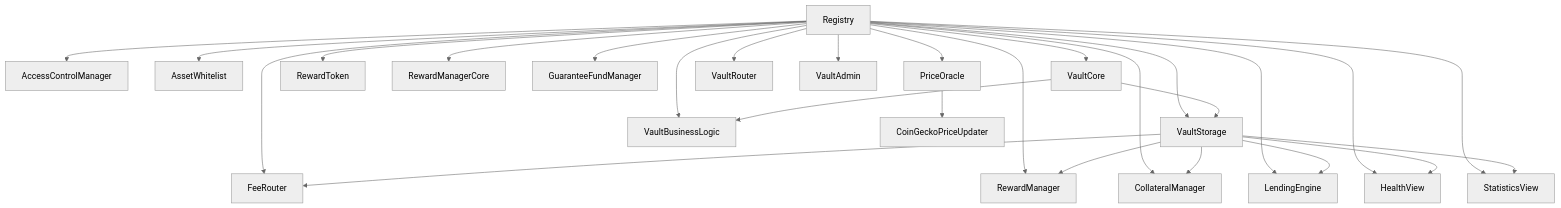
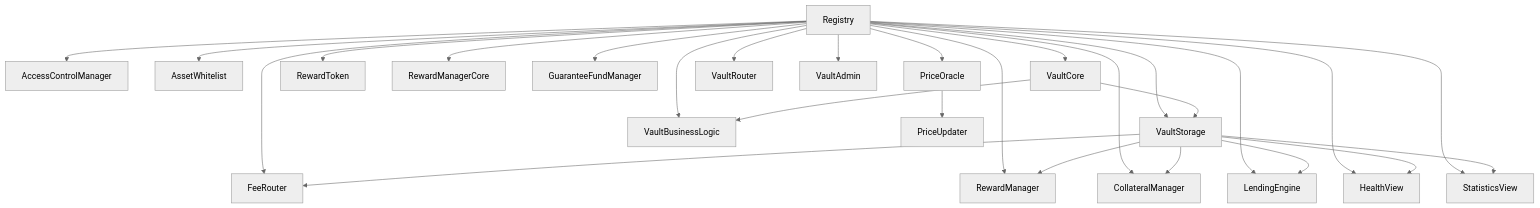
The diagram in docs/FRONTEND_CONTRACTS_INTEGRATION.md (Anyawb/contracts), drawn with Mermaid (neutral theme) before and after one commit. The commit also changed other lines of this file and 538 other files, not shown here.

````diff
--- a/docs/FRONTEND_CONTRACTS_INTEGRATION.md
+++ b/docs/FRONTEND_CONTRACTS_INTEGRATION.md
@@ -263,29 +302,29 @@
 ```mermaid
 graph TD
   Registry --> AccessControlManager
   Registry --> AssetWhitelist
   Registry --> PriceOracle
   Registry --> FeeRouter
   Registry --> RewardToken
   Registry --> RewardManagerCore
   Registry --> RewardManager
   Registry --> CollateralManager
   Registry --> LendingEngine
   Registry --> HealthView
   Registry --> StatisticsView
   Registry --> GuaranteeFundManager
   Registry --> VaultStorage
   Registry --> VaultCore
   Registry --> VaultBusinessLogic
   Registry --> VaultRouter
   Registry --> VaultAdmin
-  PriceOracle --> CoinGeckoPriceUpdater
+  PriceOracle --> PriceUpdater
   VaultStorage --> CollateralManager
   VaultStorage --> LendingEngine
   VaultStorage --> HealthView
   VaultStorage --> StatisticsView
   VaultStorage --> FeeRouter
   VaultStorage --> RewardManager
   VaultCore --> VaultStorage
   VaultCore --> VaultBusinessLogic
 ```
````
